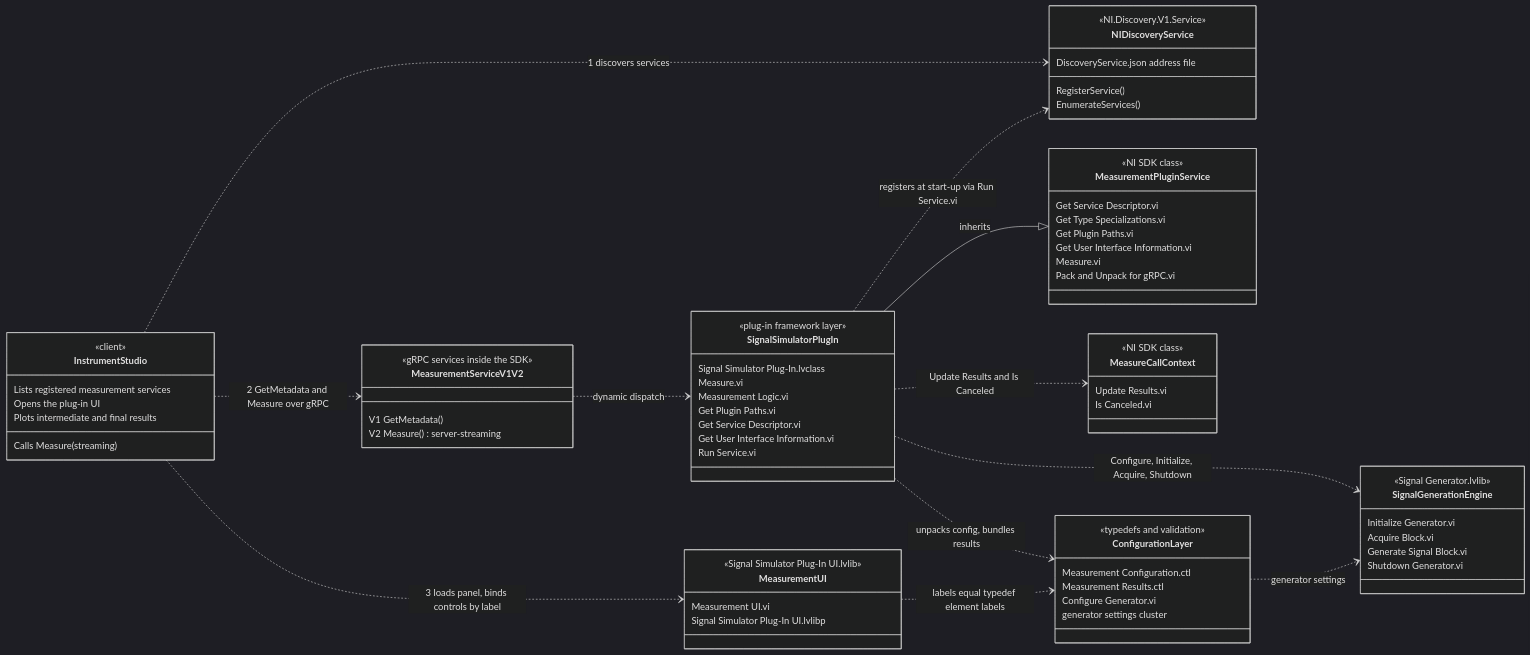
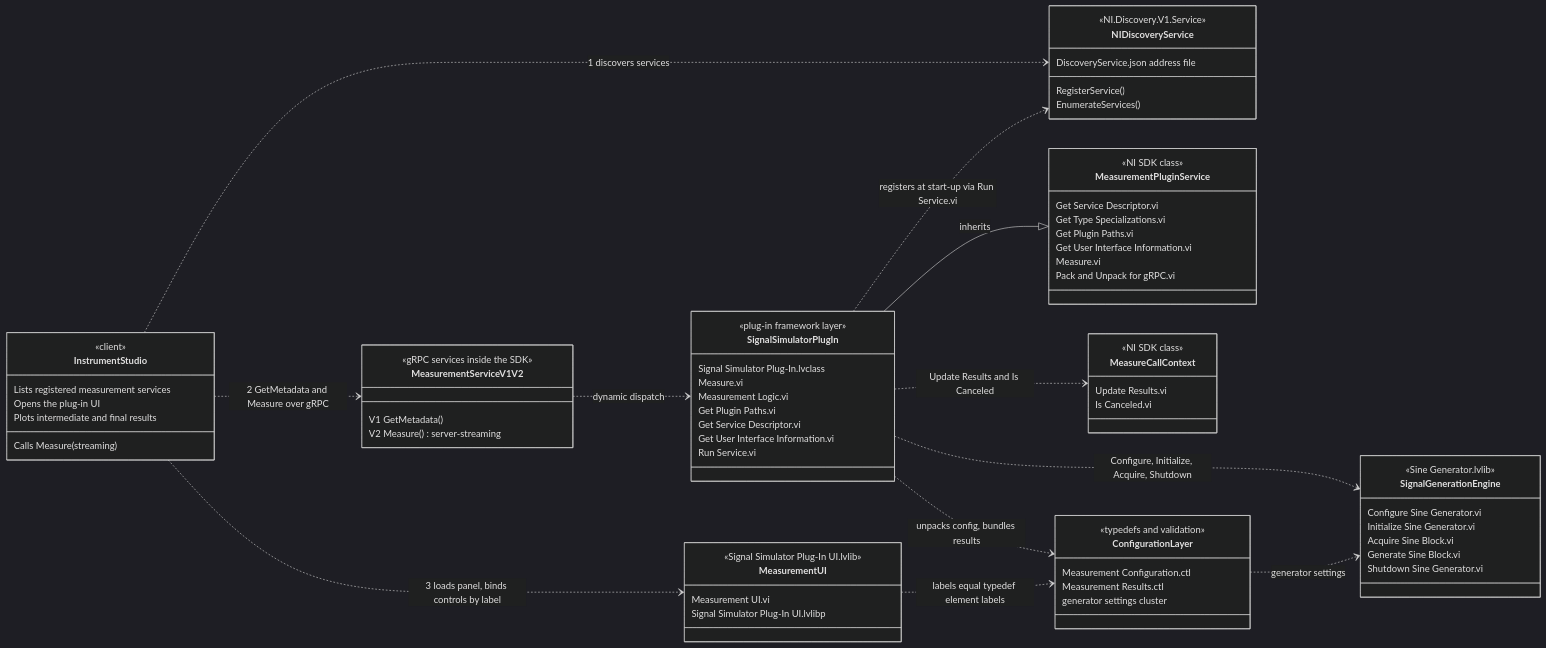
Before and after one commit to MIpetrov-NI/Signal-Simulator: the first of 2 diagrams in docs/architecture.md, drawn with Mermaid (dark theme). The commit also changed other lines of this file and 21 other files, not shown here.

Commit message:
Sine-only generator with configurable window, default values and standard InstrumentStudio graph

````diff
--- a/docs/architecture.md
+++ b/docs/architecture.md
@@ -36,78 +38,78 @@
 ```mermaid
 classDiagram
     direction LR
 
     class InstrumentStudio {
         <<client>>
         Lists registered measurement services
         Opens the plug-in UI
         Calls Measure (streaming)
         Plots intermediate and final results
     }
     class NIDiscoveryService {
         <<NI.Discovery.V1.Service>>
         RegisterService()
         EnumerateServices()
         DiscoveryService.json address file
     }
     class MeasurementServiceV1V2 {
         <<gRPC services inside the SDK>>
         V1 GetMetadata()
         V2 Measure() server-streaming
     }
     class MeasurementPluginService {
         <<NI SDK class>>
         Get Service Descriptor.vi
         Get Type Specializations.vi
         Get Plugin Paths.vi
         Get User Interface Information.vi
         Measure.vi
         Pack and Unpack for gRPC.vi
     }
     class MeasureCallContext {
         <<NI SDK class>>
         Update Results.vi
         Is Canceled.vi
     }
     class SignalSimulatorPlugIn {
         <<plug-in framework layer>>
         Signal Simulator Plug-In.lvclass
         Measure.vi
         Measurement Logic.vi
         Get Plugin Paths.vi
         Get Service Descriptor.vi
         Get User Interface Information.vi
         Run Service.vi
     }
     class ConfigurationLayer {
         <<typedefs and validation>>
         Measurement Configuration.ctl
         Measurement Results.ctl
-        Configure Generator.vi
         generator settings cluster
     }
     class SignalGenerationEngine {
-        <<Signal Generator.lvlib>>
-        Initialize Generator.vi
-        Acquire Block.vi
-        Generate Signal Block.vi
-        Shutdown Generator.vi
+        <<Sine Generator.lvlib>>
+        Configure Sine Generator.vi
+        Initialize Sine Generator.vi
+        Acquire Sine Block.vi
+        Generate Sine Block.vi
+        Shutdown Sine Generator.vi
     }
     class MeasurementUI {
         <<Signal Simulator Plug-In UI.lvlib>>
         Measurement UI.vi
         Signal Simulator Plug-In UI.lvlibp
     }
 
     InstrumentStudio ..> NIDiscoveryService : 1 discovers services
     InstrumentStudio ..> MeasurementServiceV1V2 : 2 GetMetadata and Measure over gRPC
     InstrumentStudio ..> MeasurementUI : 3 loads panel, binds controls by label
     SignalSimulatorPlugIn ..> NIDiscoveryService : registers at start-up via Run Service.vi
     MeasurementServiceV1V2 ..> SignalSimulatorPlugIn : dynamic dispatch
     SignalSimulatorPlugIn --|> MeasurementPluginService : inherits
     SignalSimulatorPlugIn ..> MeasureCallContext : Update Results and Is Canceled
     SignalSimulatorPlugIn ..> ConfigurationLayer : unpacks config, bundles results
     SignalSimulatorPlugIn ..> SignalGenerationEngine : Configure, Initialize, Acquire, Shutdown
     ConfigurationLayer ..> SignalGenerationEngine : generator settings
     MeasurementUI ..> ConfigurationLayer : labels equal typedef element labels
 ```
````
